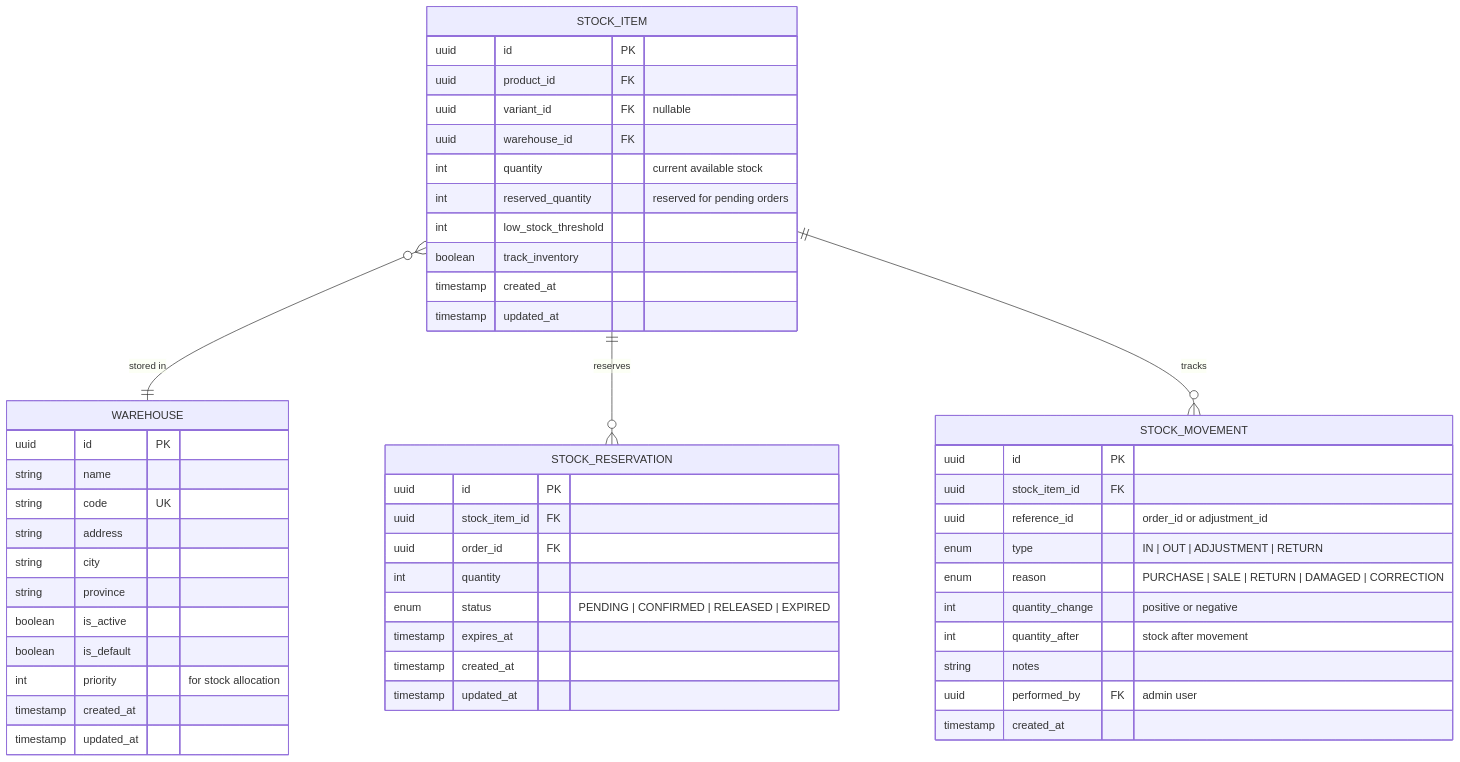
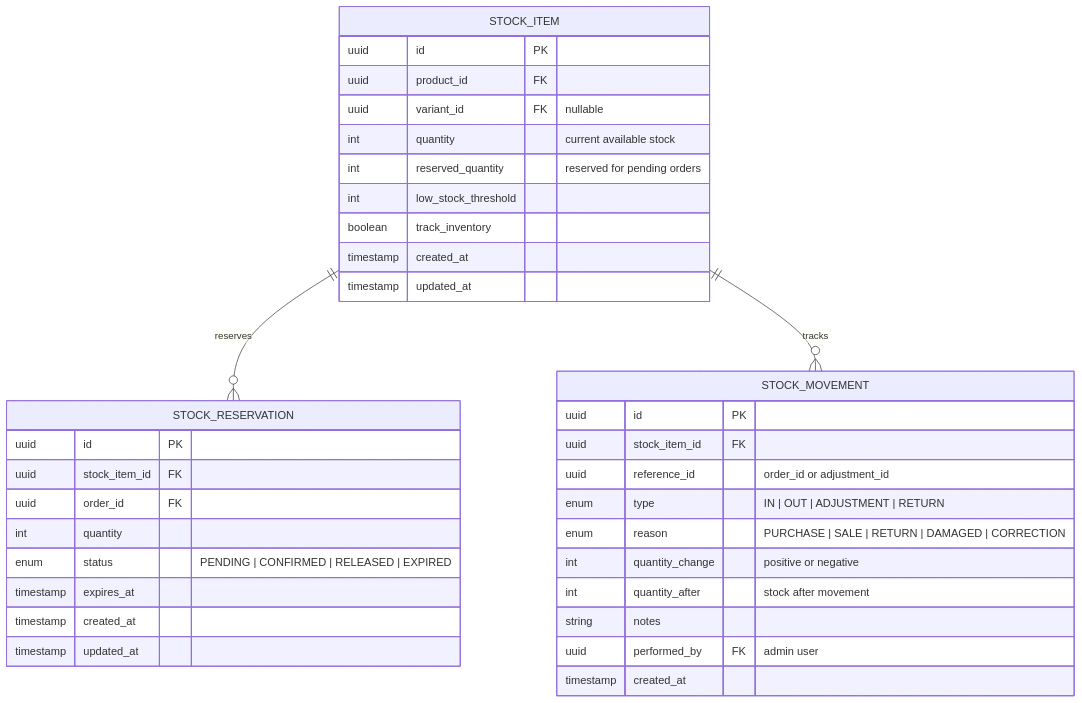
One commit to aroux30/site changed the fourth of 15 diagrams in docs/architecture/erd.md. Above: the diagram before and after it, drawn with Mermaid. The commit also changed other lines of this file and 1322 other files, not shown here.

````diff
--- a/docs/architecture/erd.md
+++ b/docs/architecture/erd.md
@@ -292,57 +292,41 @@
 ```mermaid
 erDiagram
     STOCK_ITEM {
         uuid id PK
         uuid product_id FK
         uuid variant_id FK "nullable"
-        uuid warehouse_id FK
         int quantity "current available stock"
         int reserved_quantity "reserved for pending orders"
         int low_stock_threshold
         boolean track_inventory
         timestamp created_at
         timestamp updated_at
     }
 
     STOCK_RESERVATION {
         uuid id PK
         uuid stock_item_id FK
         uuid order_id FK
         int quantity
         enum status "PENDING | CONFIRMED | RELEASED | EXPIRED"
         timestamp expires_at
         timestamp created_at
         timestamp updated_at
     }
 
     STOCK_MOVEMENT {
         uuid id PK
         uuid stock_item_id FK
         uuid reference_id "order_id or adjustment_id"
         enum type "IN | OUT | ADJUSTMENT | RETURN"
         enum reason "PURCHASE | SALE | RETURN | DAMAGED | CORRECTION"
         int quantity_change "positive or negative"
         int quantity_after "stock after movement"
         string notes
         uuid performed_by FK "admin user"
         timestamp created_at
     }
 
-    WAREHOUSE {
-        uuid id PK
-        string name
-        string code UK
-        string address
-        string city
-        string province
-        boolean is_active
-        boolean is_default
-        int priority "for stock allocation"
-        timestamp created_at
-        timestamp updated_at
-    }
-
-    STOCK_ITEM }o--|| WAREHOUSE : "stored in"
     STOCK_ITEM ||--o{ STOCK_RESERVATION : reserves
     STOCK_ITEM ||--o{ STOCK_MOVEMENT : tracks
 ```
````
